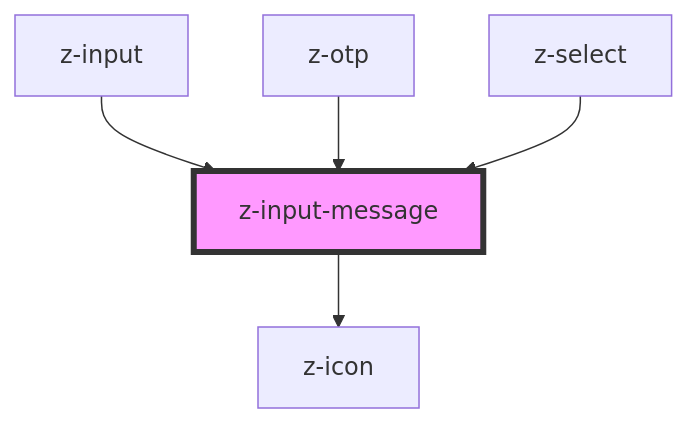
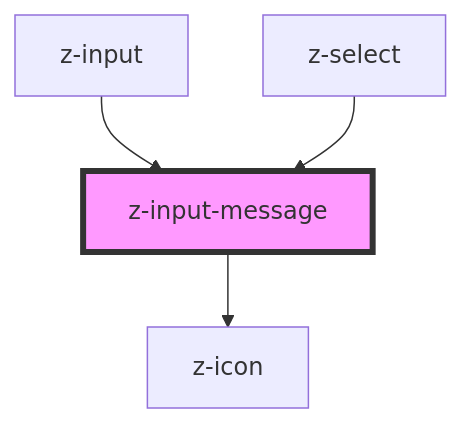
The diagram in src/components/z-input-message/readme.md (ZanichelliEditore/design-system), drawn with Mermaid before and after one commit. The commit also changed other lines of this file and 15 other files, not shown here.

Commit message:
Snowfake: z-sf-input-message

````diff
--- a/src/components/z-input-message/readme.md
+++ b/src/components/z-input-message/readme.md
@@ -30,8 +29,7 @@
 ```mermaid
 graph TD;
   z-input-message --> z-icon
   z-input --> z-input-message
-  z-otp --> z-input-message
   z-select --> z-input-message
   style z-input-message fill:#f9f,stroke:#333,stroke-width:4px
 ```
````
